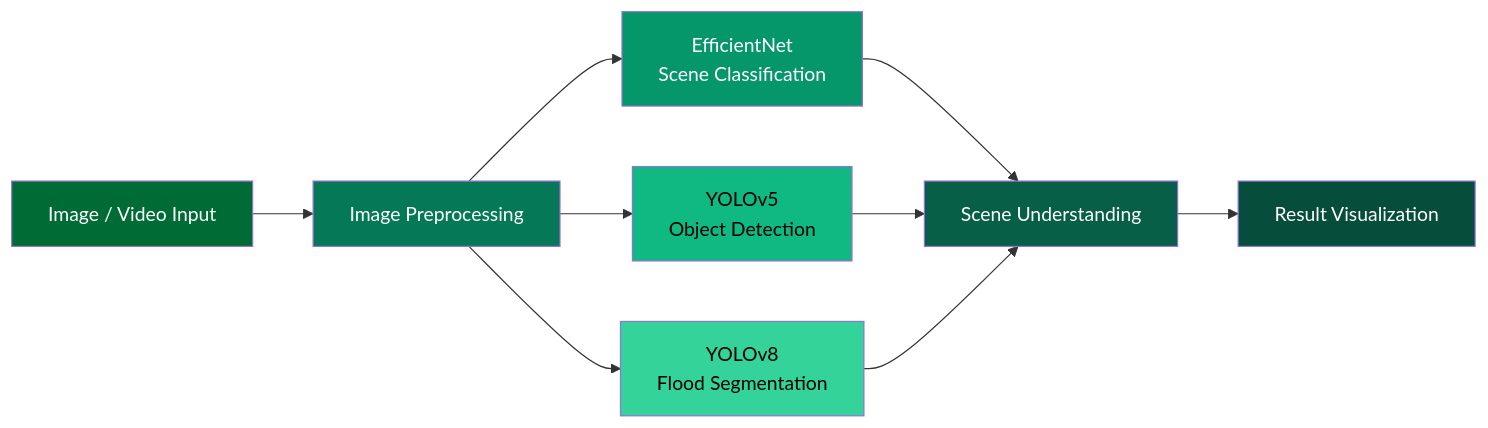
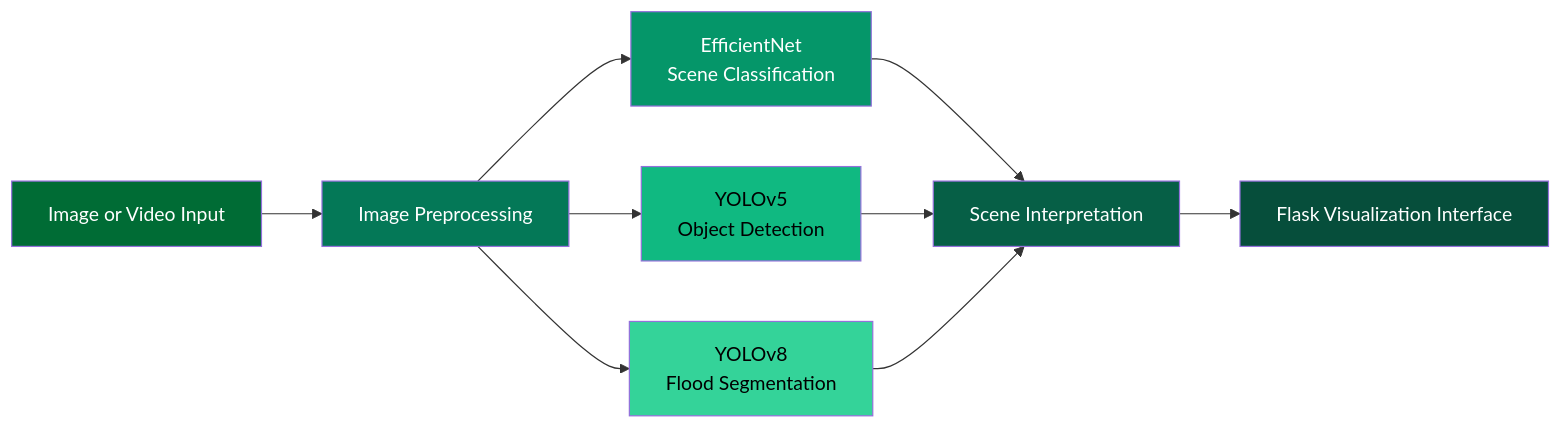
One commit to WASAN-ALMUTAAN1/Emergency-Smart-Flood-Alerting-System changed the diagram in README.md. Above: the diagram before and after it, drawn with Mermaid. The commit also changed other lines of this file, not shown here.

````diff
--- a/README.md
+++ b/README.md
@@ -43,23 +96,25 @@
 ```mermaid
 flowchart LR
 
-A[Image / Video Input] --> B[Image Preprocessing]
+A[Image or Video Input] --> B[Image Preprocessing]
 
 B --> C[EfficientNet<br>Scene Classification]
+
 B --> D[YOLOv5<br>Object Detection]
+
 B --> E[YOLOv8<br>Flood Segmentation]
 
-C --> F[Scene Understanding]
+C --> F[Scene Interpretation]
 D --> F
 E --> F
 
-F --> G[Result Visualization]
+F --> G[Flask Visualization Interface]
 
 style A fill:#006C35,color:white
 style B fill:#047857,color:white
 style C fill:#059669,color:white
 style D fill:#10b981,color:black
 style E fill:#34d399,color:black
 style F fill:#065f46,color:white
 style G fill:#064e3b,color:white
 ```
````
